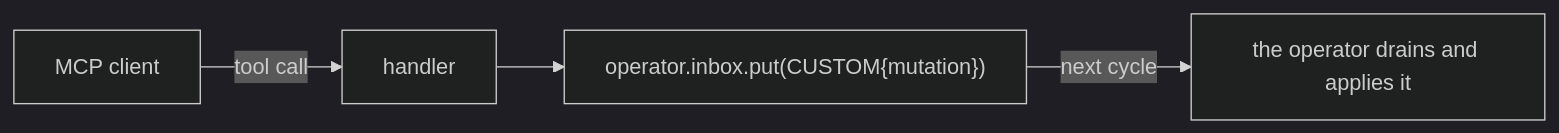
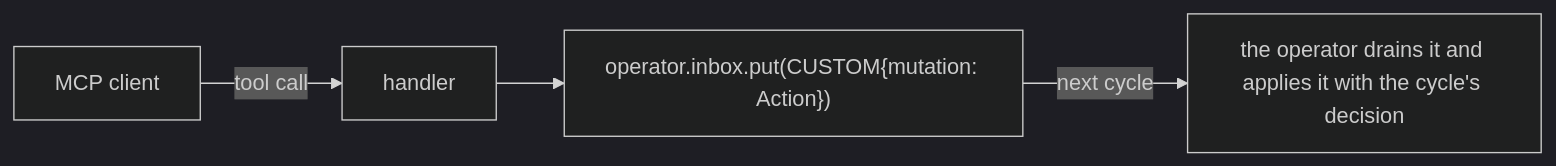
Before and after one commit to radical-cybertools/radical.adr: the diagram in docs/integrations/mcp-server.mdx, drawn with Mermaid (dark theme). The commit also changed other lines of this file and 10 other files, not shown here.

````diff
--- a/docs/integrations/mcp-server.mdx
+++ b/docs/integrations/mcp-server.mdx
@@ -39,6 +50,6 @@
 ```mermaid
 flowchart LR
     C["MCP client"] -->|tool call| H["handler"]
-    H --> I["operator.inbox.put(CUSTOM{mutation})"]
-    I -->|next cycle| D["the operator drains and applies it"]
+    H --> I["operator.inbox.put(CUSTOM{mutation: Action})"]
+    I -->|next cycle| D["the operator drains it and applies it with the cycle's decision"]
 ```
````
